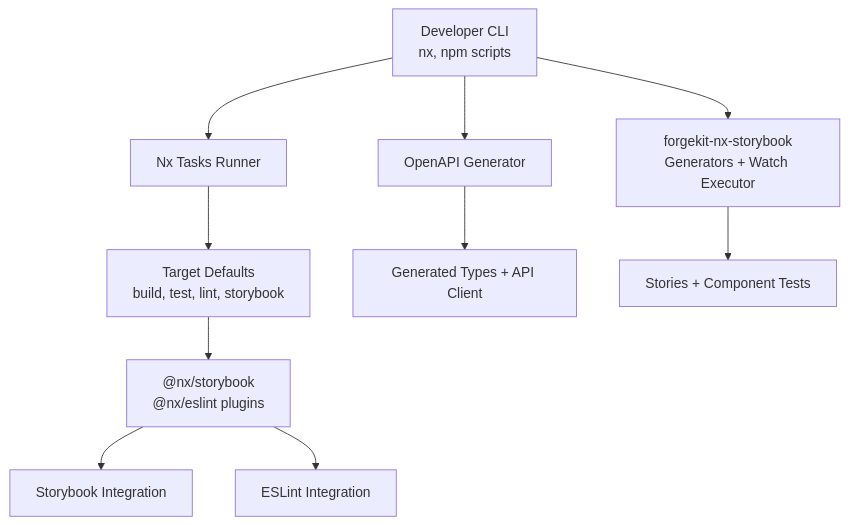
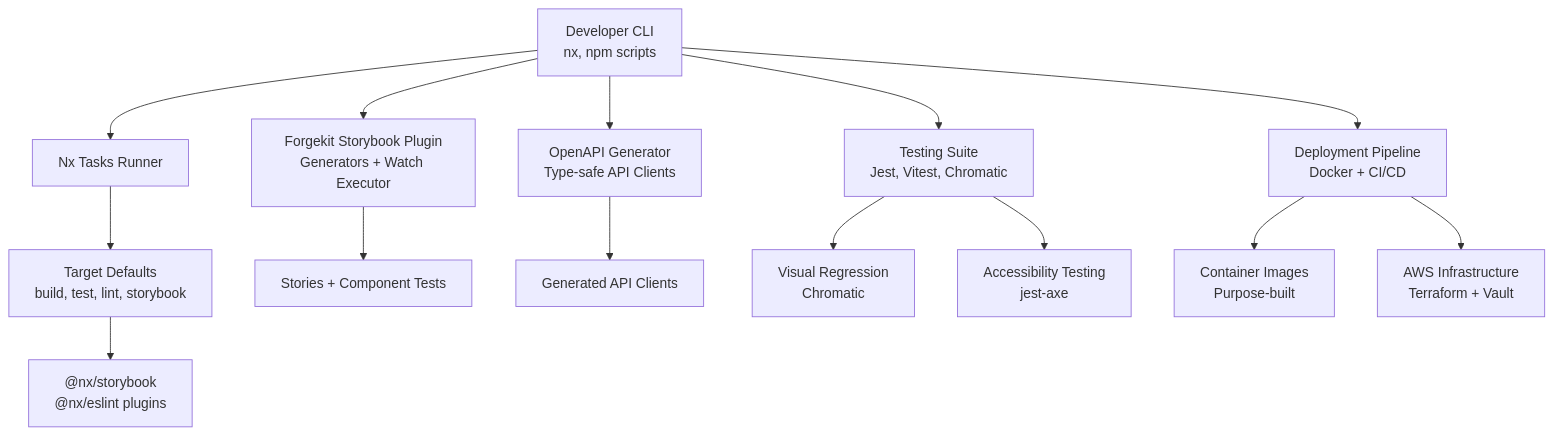
The third of 5 diagrams in .qoder/repowiki/en/content/Development Tools.md (effinrich/rh-nx-monorepo), drawn with Mermaid before and after one commit. The commit also changed other lines of this file and 130 other files, not shown here.

First line of the commit message:
feat: update package dependencies and improve Storybook integration

````diff
--- a/.qoder/repowiki/en/content/Development Tools.md
+++ b/.qoder/repowiki/en/content/Development Tools.md
@@ -109,12 +308,16 @@
 ```mermaid
 graph TB
 CLI["Developer CLI<br/>nx, npm scripts"] --> NX["Nx Tasks Runner"]
 NX --> TARGETS["Target Defaults<br/>build, test, lint, storybook"]
 TARGETS --> PLUGINS["@nx/storybook<br/>@nx/eslint plugins"]
-CLI --> FKS["forgekit-nx-storybook<br/>Generators + Watch Executor"]
-CLI --> OPENAPI["OpenAPI Generator"]
-OPENAPI --> TYPES["Generated Types + API Client"]
+CLI --> FKS["Forgekit Storybook Plugin<br/>Generators + Watch Executor"]
+CLI --> OPENAPI["OpenAPI Generator<br/>Type-safe API Clients"]
+CLI --> TESTING["Testing Suite<br/>Jest, Vitest, Chromatic"]
+CLI --> DEPLOYMENT["Deployment Pipeline<br/>Docker + CI/CD"]
 FKS --> STORIES["Stories + Component Tests"]
-PLUGINS --> SB["Storybook Integration"]
-PLUGINS --> ESL["ESLint Integration"]
+OPENAPI --> CLIENTS["Generated API Clients"]
+TESTING --> VISUAL["Visual Regression<br/>Chromatic"]
+TESTING --> ACCESSIBILITY["Accessibility Testing<br/>jest-axe"]
+DEPLOYMENT --> CONTAINERS["Container Images<br/>Purpose-built"]
+DEPLOYMENT --> INFRASTRUCTURE["AWS Infrastructure<br/>Terraform + Vault"]
 ```
````
